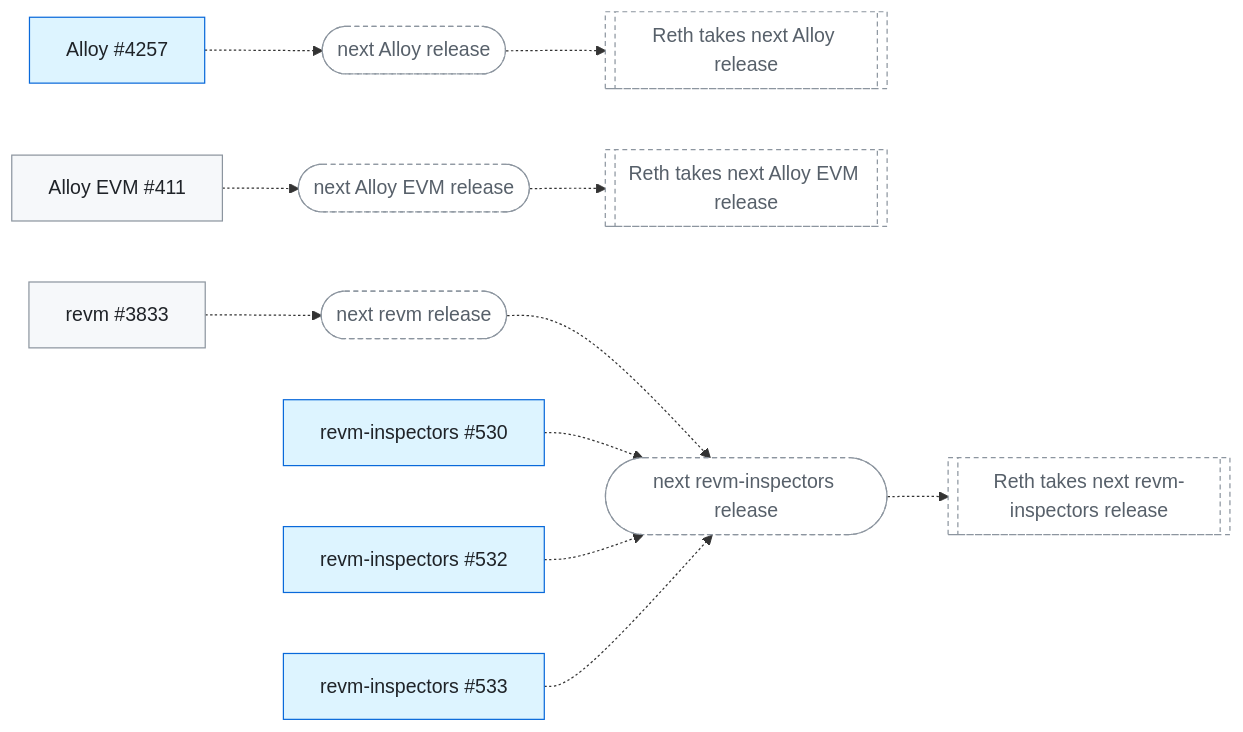
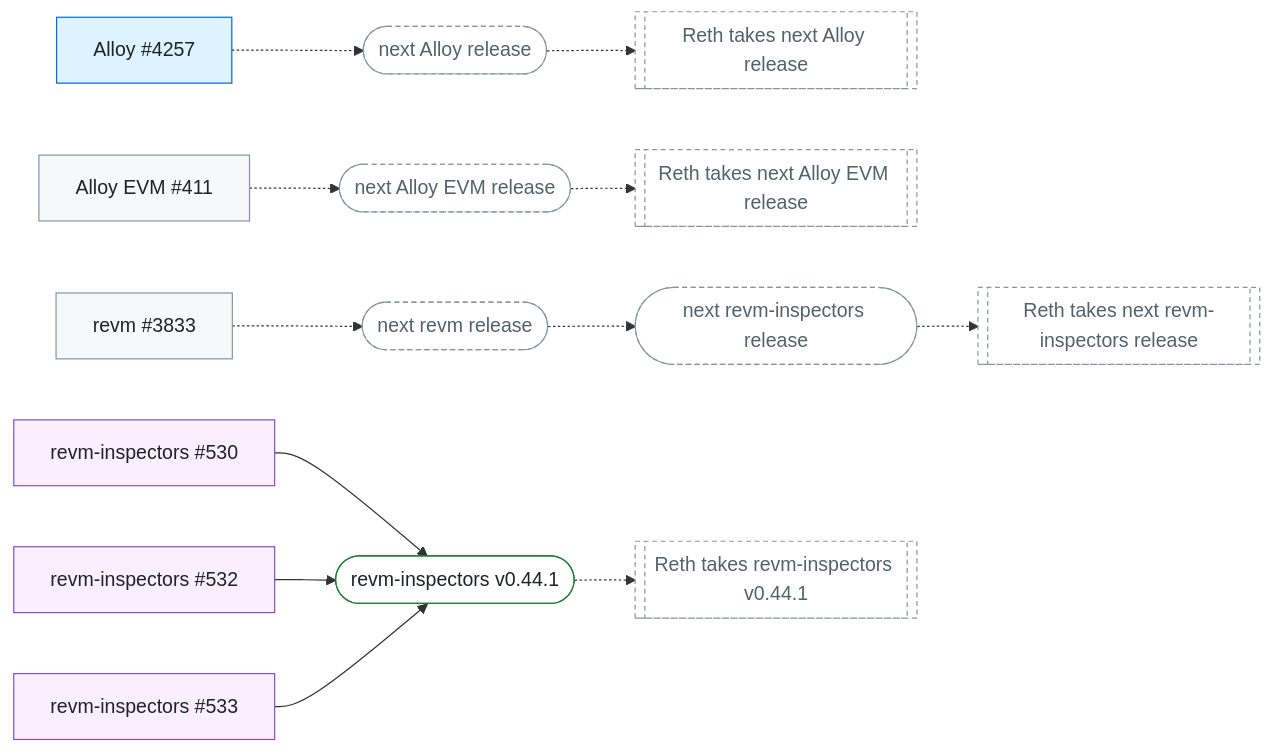
The second of 2 diagrams in docs/client-fixes.md (banteg/trace-interop), drawn with Mermaid before and after one commit. The commit also changed other lines of this file and 9 other files, not shown here.

````diff
--- a/docs/client-fixes.md
+++ b/docs/client-fixes.md
@@ -123,29 +124,34 @@
 ```mermaid
 flowchart LR
   Alloy_4257["Alloy #4257"]:::merged
   next_Alloy_release(["next Alloy release"]):::pending
   Reth_takes_next_Alloy_release[["Reth takes next Alloy release"]]:::pending
   Alloy_EVM_411["Alloy EVM #411"]:::open
   next_Alloy_EVM_release(["next Alloy EVM release"]):::pending
   Reth_takes_next_Alloy_EVM_release[["Reth takes next Alloy EVM release"]]:::pending
   revm_3833["revm #3833"]:::open
   next_revm_release(["next revm release"]):::pending
   next_revm_inspectors_release(["next revm-inspectors release"]):::pending
   Reth_takes_next_revm_inspectors_release[["Reth takes next revm-inspectors release"]]:::pending
-  revm_inspectors_530["revm-inspectors #530"]:::merged
-  revm_inspectors_532["revm-inspectors #532"]:::merged
-  revm_inspectors_533["revm-inspectors #533"]:::merged
+  revm_inspectors_530["revm-inspectors #530"]:::released
+  revm_inspectors_v0_44_1(["revm-inspectors v0.44.1"]):::done
+  Reth_takes_revm_inspectors_v0_44_1[["Reth takes revm-inspectors v0.44.1"]]:::pending
+  revm_inspectors_532["revm-inspectors #532"]:::released
+  revm_inspectors_533["revm-inspectors #533"]:::released
   Alloy_4257 -.-> next_Alloy_release
   next_Alloy_release -.-> Reth_takes_next_Alloy_release
   Alloy_EVM_411 -.-> next_Alloy_EVM_release
   next_Alloy_EVM_release -.-> Reth_takes_next_Alloy_EVM_release
   revm_3833 -.-> next_revm_release
   next_revm_release -.-> next_revm_inspectors_release
   next_revm_inspectors_release -.-> Reth_takes_next_revm_inspectors_release
-  revm_inspectors_530 -.-> next_revm_inspectors_release
-  revm_inspectors_532 -.-> next_revm_inspectors_release
-  revm_inspectors_533 -.-> next_revm_inspectors_release
+  revm_inspectors_530 --> revm_inspectors_v0_44_1
+  revm_inspectors_v0_44_1 -.-> Reth_takes_revm_inspectors_v0_44_1
+  revm_inspectors_532 --> revm_inspectors_v0_44_1
+  revm_inspectors_533 --> revm_inspectors_v0_44_1
   classDef open fill:#f6f8fa,stroke:#8c959f,color:#1f2328
   classDef merged fill:#ddf4ff,stroke:#0969da,color:#1f2328
+  classDef released fill:#fbefff,stroke:#8250df,color:#1f2328
+  classDef done fill:#ffffff,stroke:#1a7f37,color:#1f2328
   classDef pending fill:#ffffff,stroke:#8c959f,stroke-dasharray:4 3,color:#57606a
 ```
````
